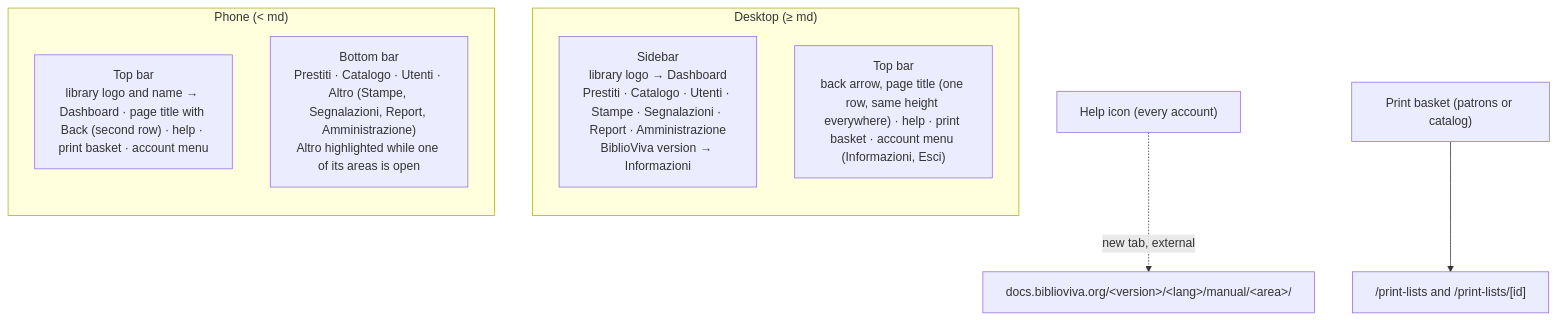
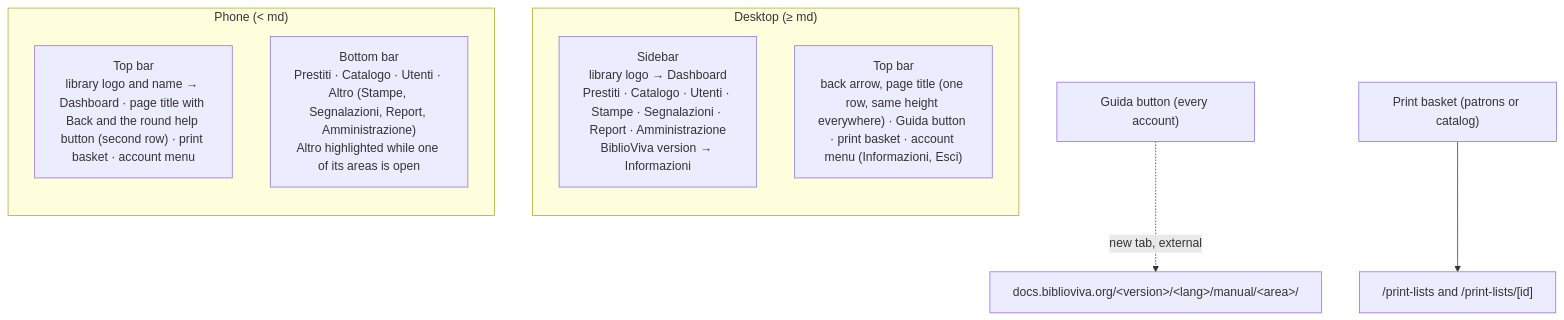
One commit to itotm/biblioviva changed the second of 19 diagrams in docs/navigation.md. Above: the diagram before and after it, drawn with Mermaid. The commit also changed other lines of this file and 217 other files, not shown here.

First line of the commit message:
phase 9.44–9.48: authors "Surname, Name" in the demo, item type on the record, problem boxes in the docs, help button, language pack in the wizard

````diff
--- a/docs/navigation.md
+++ b/docs/navigation.md
@@ -62,15 +62,15 @@
 ```mermaid
 flowchart TB
     subgraph Desktop["Desktop (≥ md)"]
         direction TB
         SB["Sidebar<br/>library logo → Dashboard<br/>Prestiti · Catalogo · Utenti · Stampe · Segnalazioni · Report · Amministrazione<br/>BiblioViva version → Informazioni"]
-        TB["Top bar<br/>back arrow, page title (one row, same height everywhere) · help · print basket · account menu (Informazioni, Esci)"]
+        TB["Top bar<br/>back arrow, page title (one row, same height everywhere) · Guida button · print basket · account menu (Informazioni, Esci)"]
     end
     subgraph Phone["Phone (< md)"]
         direction TB
-        PT["Top bar<br/>library logo and name → Dashboard · page title with Back (second row) · help · print basket · account menu"]
+        PT["Top bar<br/>library logo and name → Dashboard · page title with Back and the round help button (second row) · print basket · account menu"]
         BB["Bottom bar<br/>Prestiti · Catalogo · Utenti · Altro (Stampe, Segnalazioni, Report, Amministrazione)<br/>Altro highlighted while one of its areas is open"]
     end
-    Help["Help icon (every account)"] -. "new tab, external" .-> Docs["docs.biblioviva.org/&lt;version&gt;/&lt;lang&gt;/manual/&lt;area&gt;/"]
+    Help["Guida button (every account)"] -. "new tab, external" .-> Docs["docs.biblioviva.org/&lt;version&gt;/&lt;lang&gt;/manual/&lt;area&gt;/"]
     Basket["Print basket (patrons or catalog)"] --> Lists["/print-lists and /print-lists/[id]"]
 ```
````
